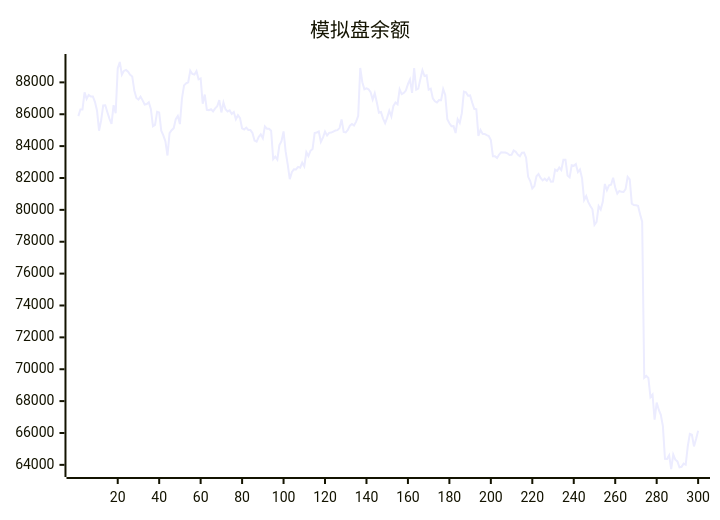
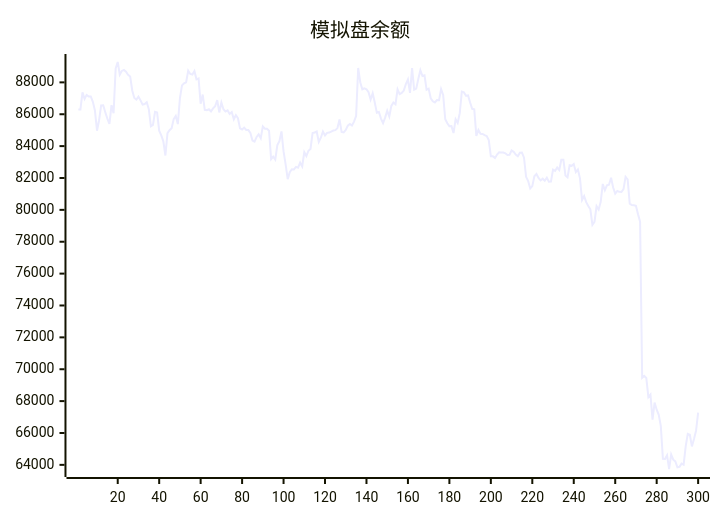
Before and after one commit to aahl/ai-trading: the diagram in README.md, drawn with Mermaid. The commit also changed other lines of this file and 1 other file, not shown here.

````diff
--- a/README.md
+++ b/README.md
@@ -5,5 +5,5 @@
 ```mermaid
 xychart
     title "模拟盘余额"
-    line [85880,86300,86299,87378,86965,87214,87115,87118,86780,86238,84966,85623,86555,86562,86129,85722,85387,86569,86070,88870,89278,88477,88720,88781,88668,88467,88372,87493,87018,86917,87102,86870,86613,86644,86758,86317,85242,85334,86149,86106,84968,84671,84302,83410,84816,85001,85127,85693,85891,85384,87001,87811,87945,88007,88734,88528,88495,88705,88189,88248,86662,87234,86279,86251,86314,86177,86364,86503,86886,86114,86731,86310,86176,86240,86017,86136,85685,85938,85749,85111,85044,85164,85016,85008,84824,84354,84287,84572,84745,84500,85234,85096,85095,84970,83180,83338,83157,84070,84309,84922,83667,82850,81924,82369,82552,82539,82695,82648,82962,82728,83619,83378,83710,83825,84819,84854,84917,84265,84527,84919,84668,84834,84850,84916,84981,85004,85131,85674,84891,84864,85019,85284,85393,85294,85538,85894,88904,88012,87567,87625,87568,87386,86920,87313,86737,86094,86143,85725,85437,85787,86219,85859,86526,86740,86630,87563,87264,87335,87483,87886,88180,87335,88894,87544,87608,88207,88755,88401,88444,87543,87608,87000,86810,86740,86894,86884,87576,87209,85686,85435,85251,85255,84820,85689,85453,86066,87420,87373,87161,87178,86740,86341,86315,84643,85012,84772,84768,84690,84635,84376,83360,83357,83259,83474,83608,83606,83602,83548,83440,83454,83724,83644,83464,83365,83590,83592,83275,82072,81806,81344,81492,82109,82254,82006,81848,81955,81829,82022,81769,81776,82522,82441,82656,82498,83144,83144,82150,82038,82797,82763,82872,82367,82536,81981,80612,80862,80484,80242,80034,79063,79245,80226,80016,80507,81625,81233,81544,81578,82016,81401,81019,81186,81130,81118,81306,82066,81909,80392,80304,80291,80258,79729,79261,69466,69579,69456,68251,68415,66832,67911,67462,67144,66432,64380,64375,64606,63740,64647,64324,64216,63842,63877,64078,64008,65156,65945,65888,65157,65625,66144]
+    line [86300,86299,87378,86965,87214,87115,87118,86780,86238,84966,85623,86555,86562,86129,85722,85387,86569,86070,88870,89278,88477,88720,88781,88668,88467,88372,87493,87018,86917,87102,86870,86613,86644,86758,86317,85242,85334,86149,86106,84968,84671,84302,83410,84816,85001,85127,85693,85891,85384,87001,87811,87945,88007,88734,88528,88495,88705,88189,88248,86662,87234,86279,86251,86314,86177,86364,86503,86886,86114,86731,86310,86176,86240,86017,86136,85685,85938,85749,85111,85044,85164,85016,85008,84824,84354,84287,84572,84745,84500,85234,85096,85095,84970,83180,83338,83157,84070,84309,84922,83667,82850,81924,82369,82552,82539,82695,82648,82962,82728,83619,83378,83710,83825,84819,84854,84917,84265,84527,84919,84668,84834,84850,84916,84981,85004,85131,85674,84891,84864,85019,85284,85393,85294,85538,85894,88904,88012,87567,87625,87568,87386,86920,87313,86737,86094,86143,85725,85437,85787,86219,85859,86526,86740,86630,87563,87264,87335,87483,87886,88180,87335,88894,87544,87608,88207,88755,88401,88444,87543,87608,87000,86810,86740,86894,86884,87576,87209,85686,85435,85251,85255,84820,85689,85453,86066,87420,87373,87161,87178,86740,86341,86315,84643,85012,84772,84768,84690,84635,84376,83360,83357,83259,83474,83608,83606,83602,83548,83440,83454,83724,83644,83464,83365,83590,83592,83275,82072,81806,81344,81492,82109,82254,82006,81848,81955,81829,82022,81769,81776,82522,82441,82656,82498,83144,83144,82150,82038,82797,82763,82872,82367,82536,81981,80612,80862,80484,80242,80034,79063,79245,80226,80016,80507,81625,81233,81544,81578,82016,81401,81019,81186,81130,81118,81306,82066,81909,80392,80304,80291,80258,79729,79261,69466,69579,69456,68251,68415,66832,67911,67462,67144,66432,64380,64375,64606,63740,64647,64324,64216,63842,63877,64078,64008,65156,65945,65888,65157,65625,66144,67284]
 ```
````
